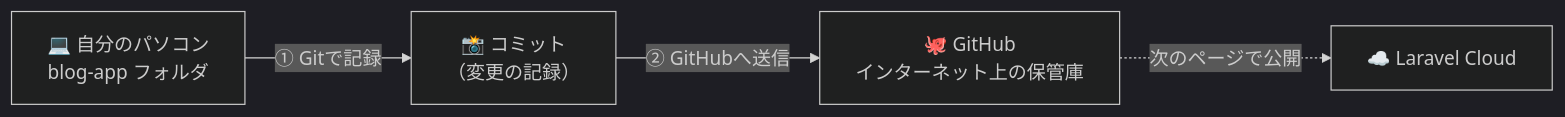
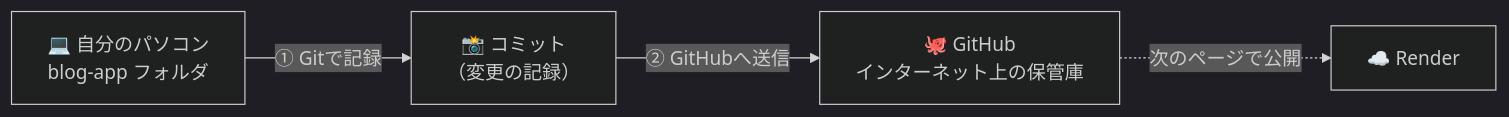
The first of 4 diagrams in guides/06.md (kou-tech/seb-hands-on), drawn with Mermaid (dark theme) before and after one commit. The commit also changed other lines of this file and 7 other files, not shown here.

````diff
--- a/guides/06.md
+++ b/guides/06.md
@@ -14,6 +14,6 @@
 ```mermaid
 flowchart LR
     PC["💻 自分のパソコン<br/>blog-app フォルダ"] -->|"① Gitで記録"| Local["📸 コミット<br/>（変更の記録）"]
     Local -->|"② GitHubへ送信"| GH["🐙 GitHub<br/>インターネット上の保管庫"]
-    GH -.->|"次のページで公開"| Cloud["☁️ Laravel Cloud"]
+    GH -.->|"次のページで公開"| Cloud["☁️ Render"]
 ```
````
